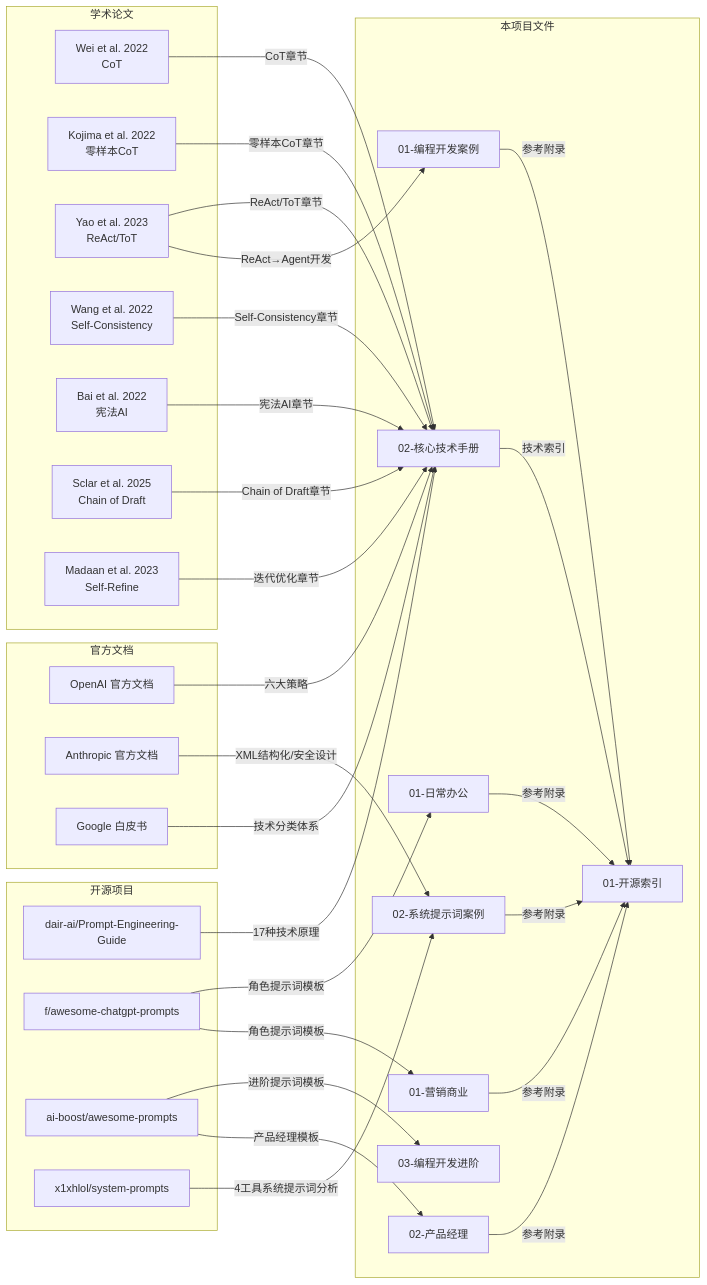
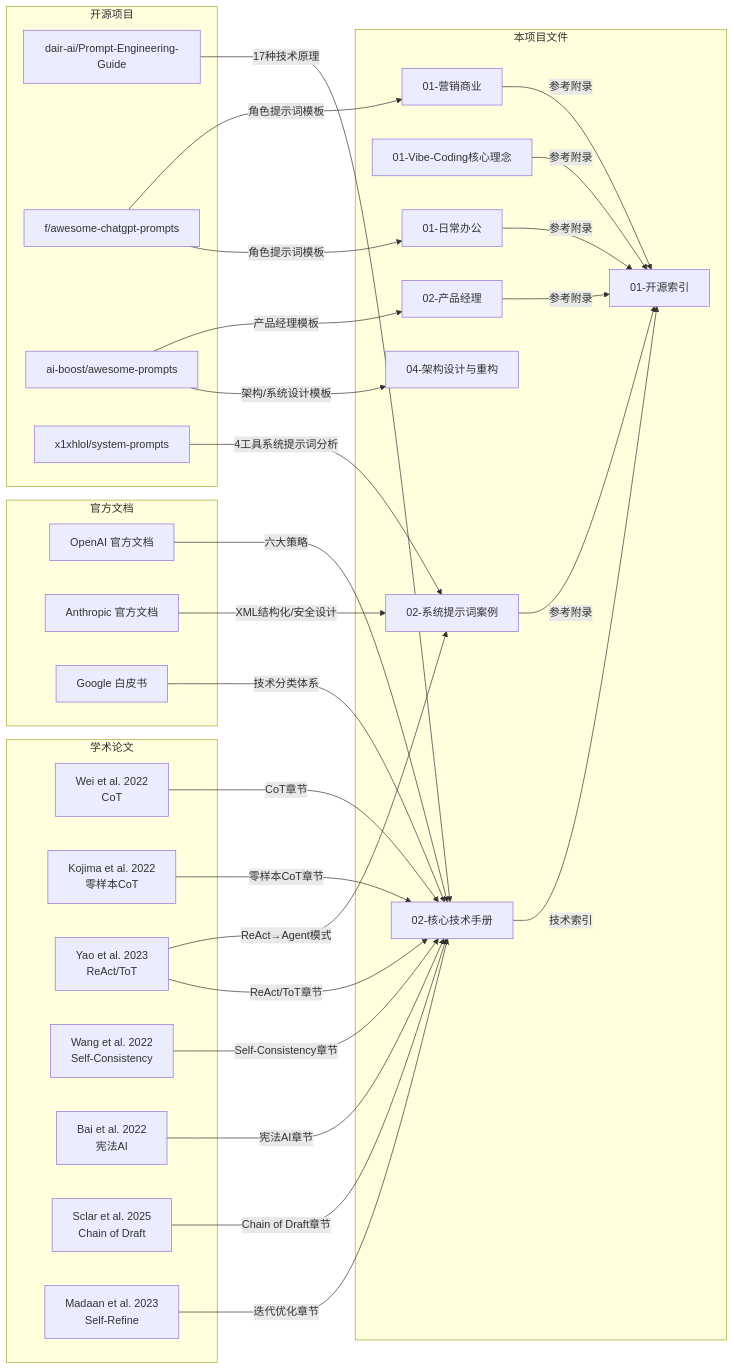
Before and after one commit to Wunseol/prompt-engineering-case-library: the fifth of 5 diagrams in docs/02-项目架构.md, drawn with Mermaid. The commit also changed other lines of this file and 47 other files, not shown here.

````diff
--- a/docs/02-项目架构.md
+++ b/docs/02-项目架构.md
@@ -257,63 +269,63 @@
 ```mermaid
 flowchart LR
     subgraph 开源项目
         S1["dair-ai/Prompt-Engineering-Guide"]
         S2["f/awesome-chatgpt-prompts"]
         S3["ai-boost/awesome-prompts"]
         S4["x1xhlol/system-prompts"]
     end
 
     subgraph 学术论文
         P1["Wei et al. 2022\nCoT"]
         P2["Kojima et al. 2022\n零样本CoT"]
         P3["Yao et al. 2023\nReAct/ToT"]
         P4["Wang et al. 2022\nSelf-Consistency"]
         P5["Bai et al. 2022\n宪法AI"]
         P6["Sclar et al. 2025\nChain of Draft"]
         P7["Madaan et al. 2023\nSelf-Refine"]
     end
 
     subgraph 官方文档
         O1["OpenAI 官方文档"]
         O2["Anthropic 官方文档"]
         O3["Google 白皮书"]
     end
 
     subgraph 本项目文件
         F1["02-核心技术手册"]
-        F2["01-编程开发案例"]
+        F2["01-Vibe-Coding核心理念"]
         F3["02-系统提示词案例"]
-        F4["03-编程开发进阶"]
+        F4["04-架构设计与重构"]
         F5["01-日常办公"]
         F6["01-营销商业"]
         F7["02-产品经理"]
         F8["01-开源索引"]
     end
 
     S1 -->|"17种技术原理"| F1
     S2 -->|"角色提示词模板"| F5
     S2 -->|"角色提示词模板"| F6
-    S3 -->|"进阶提示词模板"| F4
+    S3 -->|"架构/系统设计模板"| F4
     S3 -->|"产品经理模板"| F7
     S4 -->|"4工具系统提示词分析"| F3
 
     P1 -->|"CoT章节"| F1
     P2 -->|"零样本CoT章节"| F1
     P3 -->|"ReAct/ToT章节"| F1
-    P3 -->|"ReAct→Agent开发"| F2
+    P3 -->|"ReAct→Agent模式"| F3
     P4 -->|"Self-Consistency章节"| F1
     P5 -->|"宪法AI章节"| F1
     P6 -->|"Chain of Draft章节"| F1
     P7 -->|"迭代优化章节"| F1
 
     O1 -->|"六大策略"| F1
     O2 -->|"XML结构化/安全设计"| F3
     O3 -->|"技术分类体系"| F1
 
     F1 -->|"技术索引"| F8
     F2 -->|"参考附录"| F8
     F3 -->|"参考附录"| F8
     F5 -->|"参考附录"| F8
     F6 -->|"参考附录"| F8
     F7 -->|"参考附录"| F8
 ```
````
